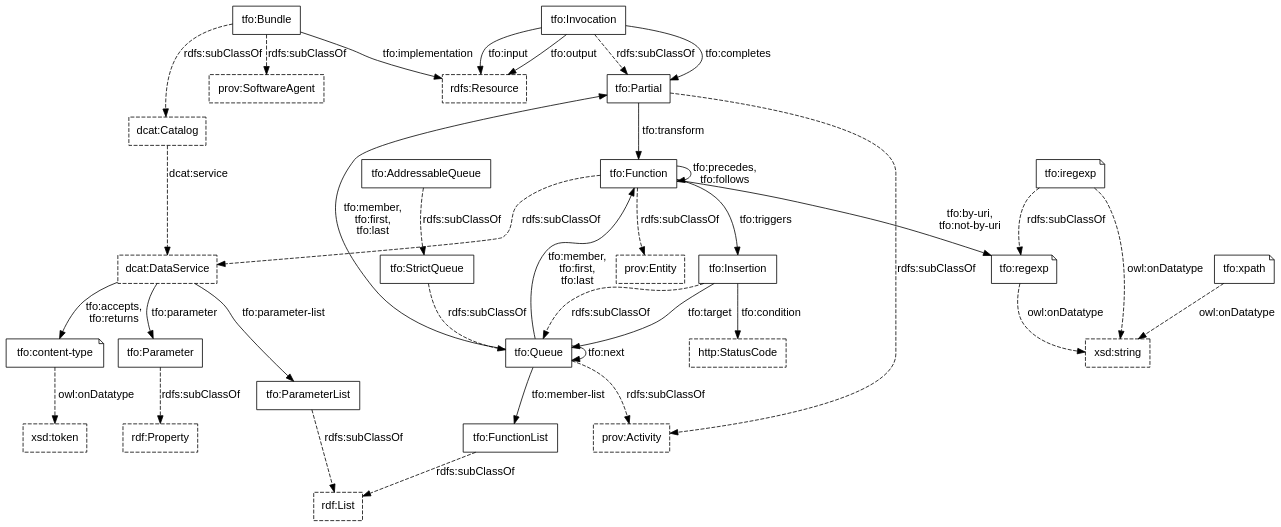
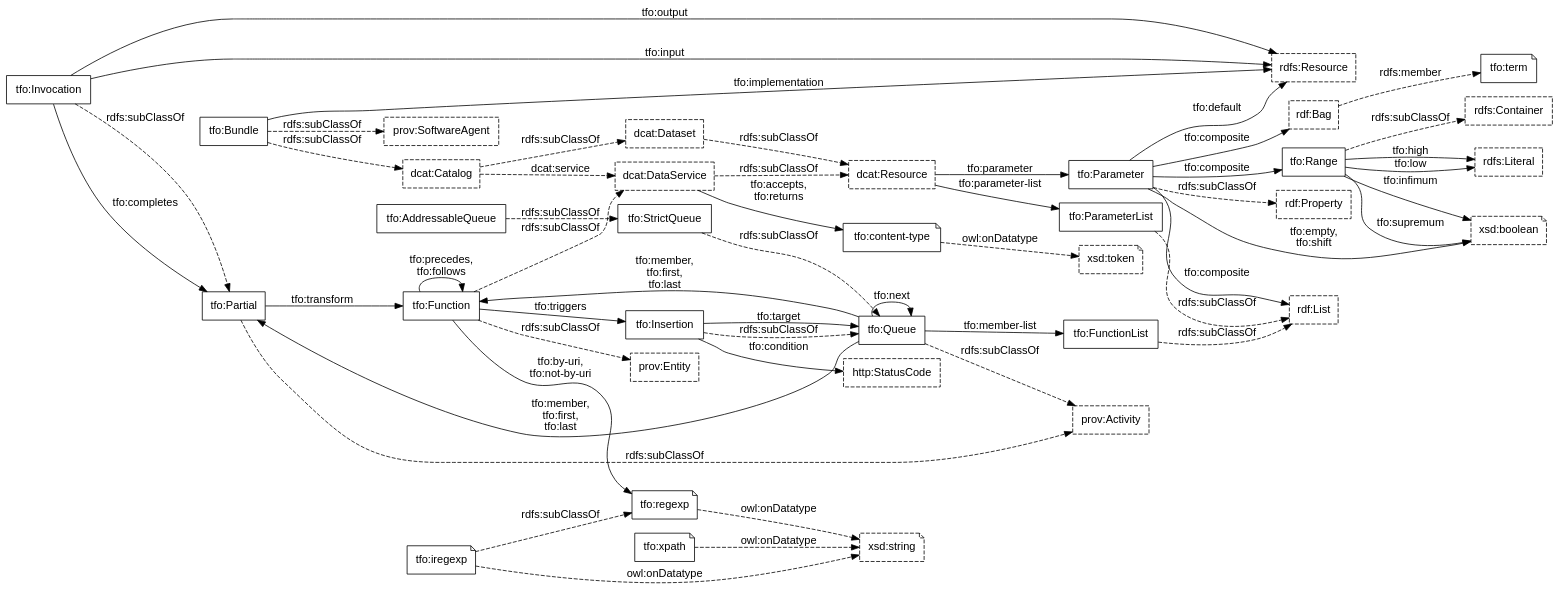
Before and after one commit to doriantaylor/owl-transformation: the diagram in transformation-classes.dot, drawn with Graphviz. The commit also changed 3 other files, not shown here.

Commit message:
added parameter composite and range stuff

```diff
--- a/transformation-classes.dot
+++ b/transformation-classes.dot
@@ -1,113 +1,138 @@
 digraph {
-    graph [bgcolor=transparent];
+    graph [bgcolor=transparent,rankdir=LR];
     node [shape=box,color="#000000",fontcolor="#000000",fontname="Lucida Grande, Lucida Sans Unicode, sans-serif"];
     edge [color="#000000",fontcolor="#000000",fontname="Lucida Grande, Lucida Sans Unicode, sans-serif"];
 
     // third-party classes
 
     subgraph {
         node [style=dashed];
         prov_Activity [label="prov:Activity", target="_parent", href="https://www.w3.org/TR/prov-o/#Activity"];
         prov_Entity [label="prov:Entity", target="_parent", href="https://www.w3.org/TR/prov-o/#Entity"];
+        dcat_Resource [label="dcat:Resource" target="_parent", href="https://www.w3.org/TR/vocab-dcat-2/#Class:Resource"];
+        dcat_Dataset [label="dcat:Dataset" target="_parent", href="https://www.w3.org/TR/vocab-dcat-2/#Class:Dataset"];
         dcat_Catalog [label="dcat:Catalog" target="_parent", href="https://www.w3.org/TR/vocab-dcat-2/#Class:Catalog"];
         dcat_DataService [label="dcat:DataService" target="_parent", href="https://www.w3.org/TR/vocab-dcat-2/#Class:Data_Service"];
         prov_SoftwareAgent [label="prov:SoftwareAgent", target="_parent", href="https://www.w3.org/TR/prov-o/#SoftwareAgent"];
-        rdf_List      [label="rdf:List", target="_parent", href="https://www.w3.org/TR/rdf-schema/#ch_list"];
-        rdf_Property  [label="rdf:Property", target="_parent", href="https://www.w3.org/TR/rdf-schema/#ch_property"];
-        rdfs_Resource [label="rdfs:Resource", target="_parent", href="https://www.w3.org/TR/rdf-schema/#ch_resource"];
+        rdf_Bag      [label="rdf:Bag", target="_parent", href="https://www.w3.org/TR/rdf11-schema/#ch_bag"];
+        rdf_List      [label="rdf:List", target="_parent", href="https://www.w3.org/TR/rdf11-schema/#ch_list"];
+        rdf_Property  [label="rdf:Property", target="_parent", href="https://www.w3.org/TR/rdf11-schema/#ch_property"];
+        rdfs_Resource [label="rdfs:Resource", target="_parent", href="https://www.w3.org/TR/rdf11-schema/#ch_resource"];
+	rdfs_Literal [label="rdfs:Literal", target="_parent", href="https://www.w3.org/TR/rdf11-schema/#ch_literal"];
+	rdfs_Container [label="rdfs:Container", target="_parent", href="https://www.w3.org/TR/rdf11-schema/#ch_container"];
         http_StatusCode [label="http:StatusCode", target="_parent", href="https://www.w3.org/TR/HTTP-in-RDF10/#StatusCodeClass"];
-        xsd_string    [label="xsd:string", target="_parent", href="https://www.w3.org/TR/xmlschema-2/#string"];
-        xsd_token     [label="xsd:token", target="_parent", href="https://www.w3.org/TR/xmlschema-2/#token"];
-        //rdf_nil       [label="rdf:nil", target="_parent", href="https://www.w3.org/TR/rdf-schema/#ch_nil"];
+        //rdf_nil       [label="rdf:nil", target="_parent", href="https://www.w3.org/TR/rdf11-schema/#ch_nil"];
     }
 
     // our classes
 
     tfo_Bundle [label="tfo:Bundle", target="_parent", href="https://vocab.methodandstructure.com/transformation#Bundle"];
     tfo_Invocation [label="tfo:Invocation", target="_parent", href="https://vocab.methodandstructure.com/transformation#Invocation"];
     tfo_Parameter [label="tfo:Parameter", target="_parent", href="https://vocab.methodandstructure.com/transformation#Parameter"];
     tfo_ParameterList [label="tfo:ParameterList", target="_parent", href="https://vocab.methodandstructure.com/transformation#ParameterList"];
+    tfo_Range [label="tfo:Range", target="_parent", href="https://vocab.methodandstructure.com/transformation#Range"];
     tfo_Partial [label="tfo:Partial", target="_parent", href="https://vocab.methodandstructure.com/transformation#Partial"];
     tfo_Function [label="tfo:Function", target="_parent", href="https://vocab.methodandstructure.com/transformation#Function"];
     // tfo_MarkupTransform [label="tfo:MarkupTransform", target="_parent", href="https://vocab.methodandstructure.com/transformation#MarkupTransform"];
     tfo_Queue [label="tfo:Queue", target="_parent", href="https://vocab.methodandstructure.com/transformation#Queue"];
     tfo_StrictQueue [label="tfo:StrictQueue", target="_parent", href="https://vocab.methodandstructure.com/transformation#StrictQueue"];
     tfo_AddressableQueue [label="tfo:AddressableQueue", target="_parent", href="https://vocab.methodandstructure.com/transformation#AddressableQueue"];
     tfo_FunctionList [label="tfo:FunctionList", target="_parent", href="https://vocab.methodandstructure.com/transformation#FunctionList"];
     tfo_Insertion [label="tfo:Insertion", target="_parent", href="https://vocab.methodandstructure.com/transformation#Insertion"];
 
     // our datatypes
-
     subgraph {
         node [shape=note];
         tfo_content_type [label="tfo:content-type", target="_parent", href="https://vocab.methodandstructure.com/transformation#content-type"];
         tfo_regexp [label="tfo:regexp", target="_parent", href="https://vocab.methodandstructure.com/transformation#regexp"];
         tfo_iregexp [label="tfo:iregexp", target="_parent", href="https://vocab.methodandstructure.com/transformation#iregexp"];
         tfo_xpath [label="tfo:xpath", target="_parent", href="https://vocab.methodandstructure.com/transformation#xpath"];
+	tfo_term [label="tfo:term", target="_parent", href="https://vocab.methodandstructure.com/transformation#term"];
+    }
+
+    // third-party datatypes
+    subgraph {
+        node [shape=note,style=dashed];
+        xsd_string    [label="xsd:string", target="_parent", href="https://www.w3.org/TR/xmlschema11-2/#string"];
+        xsd_token     [label="xsd:token", target="_parent", href="https://www.w3.org/TR/xmlschema11-2/#token"];
+	xsd_boolean   [label="xsd:boolean", target="_parent", href="https://www.w3.org/TR/xmlschema11-2/#boolean"];
     }
 
     subgraph {
         edge [style=dashed, label="owl:onDatatype"];
         tfo_content_type -> xsd_token;
         tfo_regexp       -> xsd_string;
         tfo_iregexp      -> xsd_string;
         tfo_xpath        -> xsd_string;
     }
 
     // subclass relations
 
     subgraph {
         edge [style=dashed, label="rdfs:subClassOf"];
-        tfo_Bundle           -> dcat_Catalog;
+        tfo_Bundle           -> dcat_Catalog -> dcat_Dataset -> dcat_Resource;
         tfo_Bundle           -> prov_SoftwareAgent;
         tfo_Invocation       -> tfo_Partial -> prov_Activity;
         // tfo_MarkupTransform  -> tfo_Transform -> dcat_DataService;
-        tfo_Function         -> dcat_DataService;
+        tfo_Function         -> dcat_DataService -> dcat_Resource;
         tfo_Function         -> prov_Entity;
         tfo_Parameter        -> rdf_Property;
         tfo_ParameterList    -> rdf_List;
         tfo_iregexp          -> tfo_regexp;
         tfo_StrictQueue      -> tfo_Queue -> prov_Activity;
         tfo_AddressableQueue -> tfo_StrictQueue;
         tfo_Insertion        -> tfo_Queue;
-        tfo_FunctionList    -> rdf_List;
+        tfo_FunctionList     -> rdf_List;
+	tfo_Range            -> rdfs_Container;
     }
 
     // main relations
 
     tfo_Bundle -> rdfs_Resource [label="tfo:implementation"];
-    dcat_DataService -> tfo_Parameter [label="tfo:parameter"];
-    dcat_DataService -> tfo_ParameterList [label="tfo:parameter-list"];
+    dcat_Resource -> tfo_Parameter [label="tfo:parameter"];
+    dcat_Resource -> tfo_ParameterList [label="tfo:parameter-list"];
     dcat_DataService -> tfo_content_type [label="tfo:accepts,\ntfo:returns"];
     // tfo_Transform -> tfo_content_type [label="tfo:returns"];
     tfo_Function  -> tfo_Function [label="tfo:precedes,\ntfo:follows"];
     tfo_Function  -> tfo_Insertion [label="tfo:triggers"];
     tfo_Partial   -> tfo_Function [label="tfo:transform"];
     tfo_Invocation -> tfo_Partial [label="tfo:completes"];
     tfo_Invocation -> rdfs_Resource [label="tfo:input"];
     tfo_Invocation -> rdfs_Resource [label="tfo:output"];
+
+    tfo_Parameter -> rdf_Bag [label="tfo:composite"];
+    tfo_Parameter -> rdf_List [label="tfo:composite"];
+    tfo_Parameter -> tfo_Range [label="tfo:composite"];
+    tfo_Parameter -> rdfs_Resource [label="tfo:default"];
+    tfo_Parameter -> xsd_boolean [label="tfo:empty,\ntfo:shift"];
+
+    tfo_Range -> xsd_boolean [label="tfo:infimum"];
+    tfo_Range -> xsd_boolean [label="tfo:supremum"];
+    tfo_Range -> rdfs_Literal [label="tfo:low"];
+    tfo_Range -> rdfs_Literal [label="tfo:high"];
 
     tfo_Queue -> tfo_Queue [label="tfo:next"];
     tfo_Queue -> tfo_Function [label="tfo:member,\ntfo:first,\ntfo:last"];
     tfo_Queue -> tfo_Partial [label="tfo:member,\ntfo:first,\ntfo:last"];
     tfo_Queue -> tfo_FunctionList [label="tfo:member-list"];
 
     tfo_Insertion -> tfo_Queue [label="tfo:target"];
     tfo_Insertion -> http_StatusCode [label="tfo:condition"];
 
     tfo_Function -> tfo_regexp [label="tfo:by-uri,\ntfo:not-by-uri"];
     //tfo_MarkupTransform -> tfo_xpath [label="tfo:by-xpath,\ntfo:not-by-xpath"];
 
     subgraph {
         edge [style=dashed];
         dcat_Catalog -> dcat_DataService [label="dcat:service"];
+	rdf_Bag -> tfo_term [label="rdfs:member"];
         //tfo_Parameter -> tfo_Invocation [label="rdfs:domain"];
         //tfo_ParameterList -> tfo_Parameter [label="rdf:first"];
         //tfo_ParameterList -> tfo_ParameterList [label="rdf:rest"];
         //tfo_ParameterList -> rdf_nil [label="rdf:rest"];
         //tfo_FunctionList -> tfo_Transform [label="rdf:first"];
         //tfo_FunctionList -> tfo_Partial [label="rdf:first"];
         //tfo_FunctionList -> tfo_FunctionList [label="rdf:rest"];
         //tfo_FunctionList -> rdf_nil [label="rdf:rest"];
     }
 }
```
